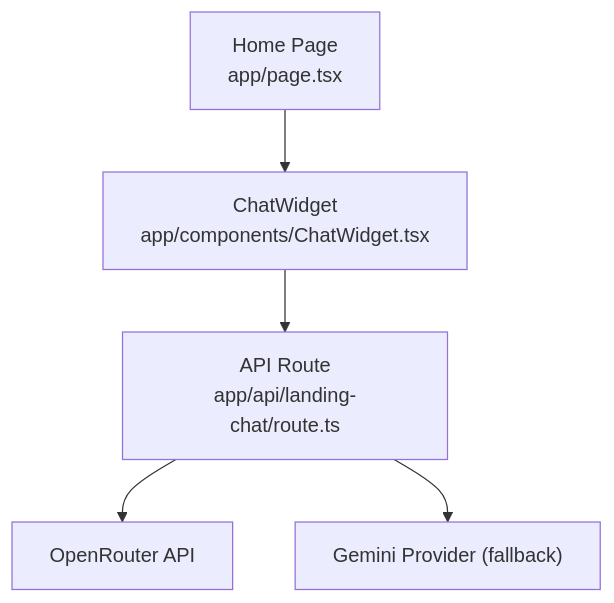
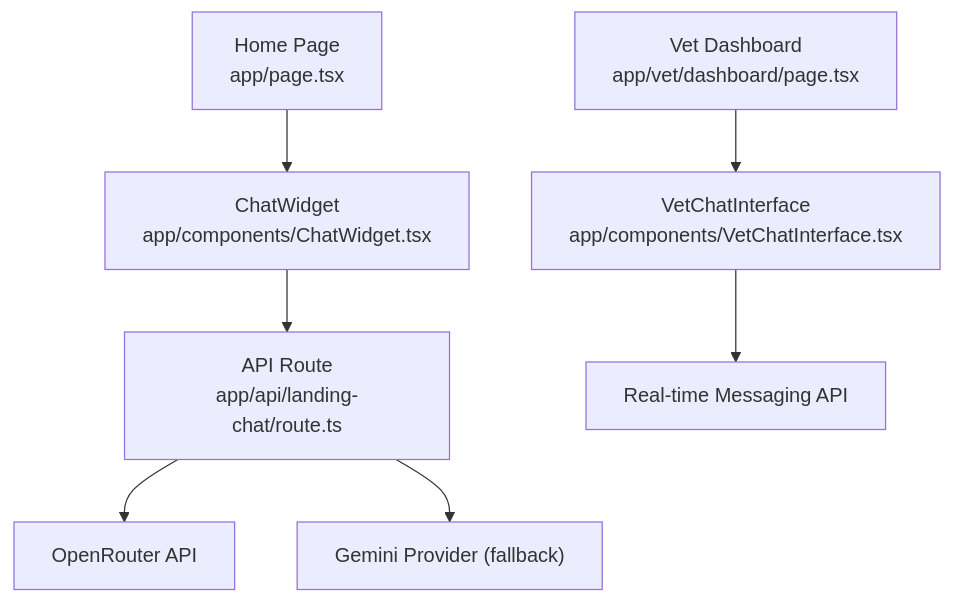
One commit to Javeria-Javaid/ai-powered-pet-healthcare-ecosystem changed the first of 5 diagrams in .qoder/repowiki/en/content/UI Components/Chat Widget Component.md. Above: the diagram before and after it, drawn with Mermaid. The commit also changed other lines of this file and 37 other files, not shown here.

````diff
--- a/.qoder/repowiki/en/content/UI Components/Chat Widget Component.md
+++ b/.qoder/repowiki/en/content/UI Components/Chat Widget Component.md
@@ -29,7 +39,9 @@
 ```mermaid
 graph TB
 A["Home Page<br/>app/page.tsx"] --> B["ChatWidget<br/>app/components/ChatWidget.tsx"]
 B --> C["API Route<br/>app/api/landing-chat/route.ts"]
 C --> D["OpenRouter API"]
 C --> E["Gemini Provider (fallback)"]
+F["Vet Dashboard<br/>app/vet/dashboard/page.tsx"] --> G["VetChatInterface<br/>app/components/VetChatInterface.tsx"]
+G --> H["Real-time Messaging API"]
 ```
````
